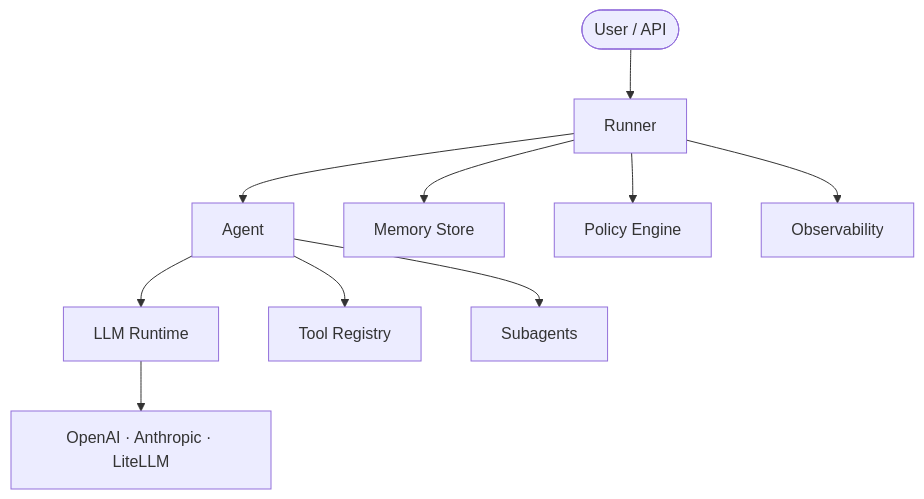
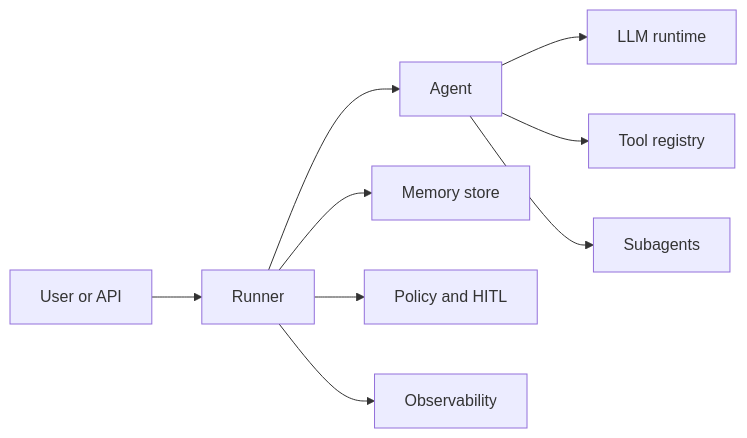
Before and after one commit to arpan404/afk: the diagram in docs/index.mdx, drawn with Mermaid. The commit also changed other lines of this file and 105 other files, not shown here.

````diff
--- a/docs/index.mdx
+++ b/docs/index.mdx
@@ -134,12 +118,11 @@
 ```mermaid
-flowchart TB
-    User([User / API]) --> Runner
+flowchart LR
+    User["User or API"] --> Runner
     Runner --> Agent
-    Agent --> LLM["LLM Runtime"]
-    Agent --> Tools["Tool Registry"]
+    Agent --> LLM["LLM runtime"]
+    Agent --> Tools["Tool registry"]
     Agent --> Subagents["Subagents"]
-    Runner --> Memory["Memory Store"]
-    Runner --> Policy["Policy Engine"]
+    Runner --> Memory["Memory store"]
+    Runner --> Policy["Policy and HITL"]
     Runner --> Telemetry["Observability"]
-    LLM --> Providers["OpenAI · Anthropic · LiteLLM"]
 ```
````
